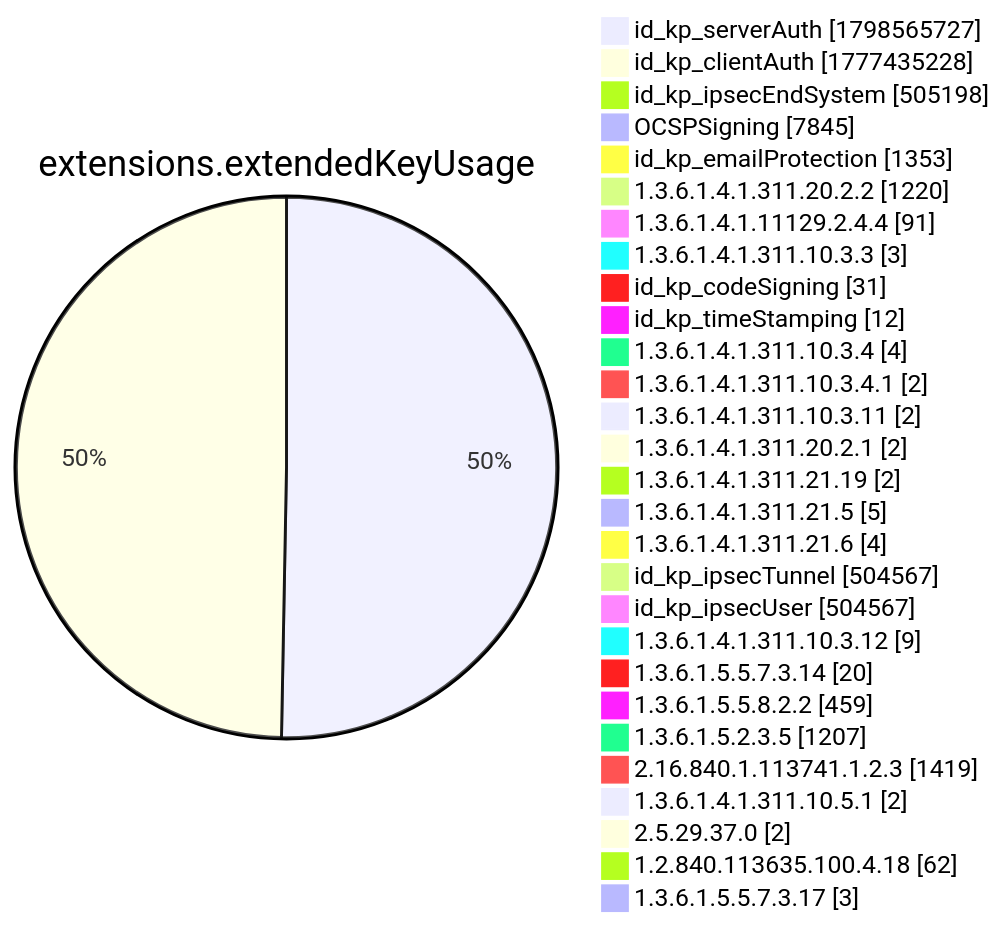
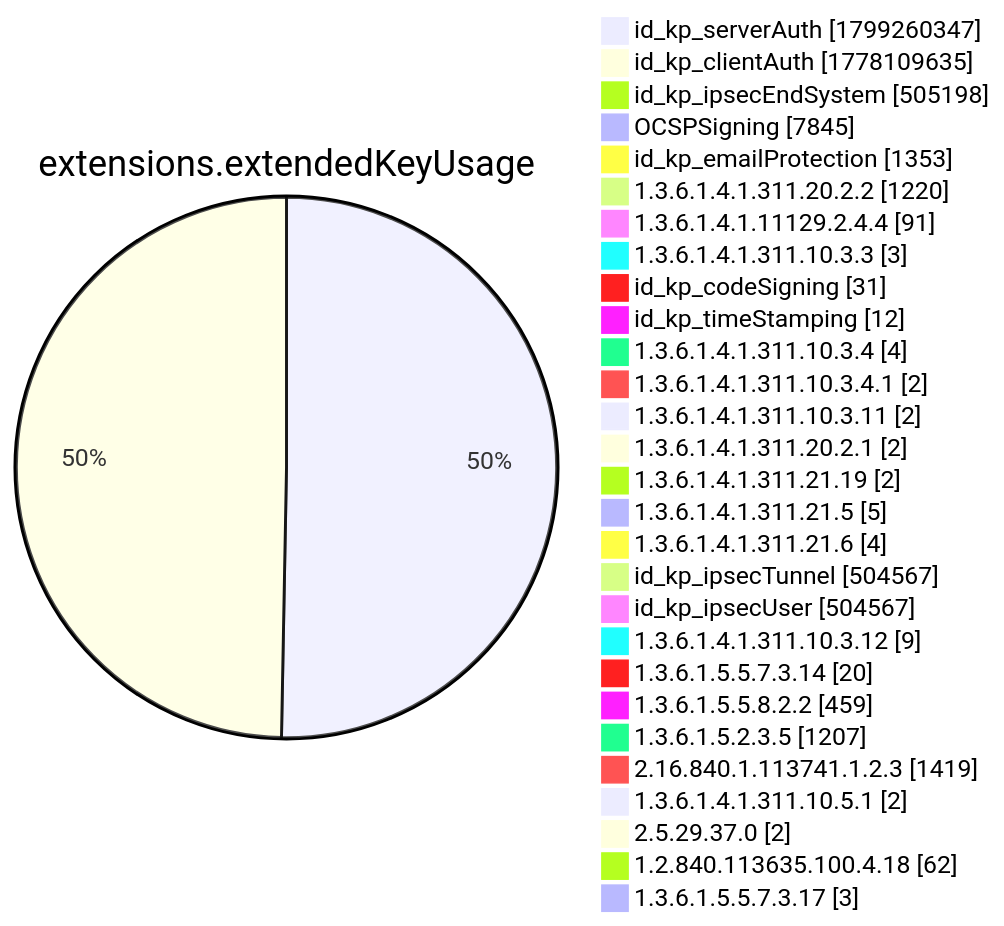
Before and after one commit to christiankrug/ctmonitor_visualization: diagram 12 of 15 in xenon2022/README.md, drawn with Mermaid. The commit also changed other lines of this file, not shown here.

````diff
--- a/xenon2022/README.md
+++ b/xenon2022/README.md
@@ -3895,32 +3895,32 @@
 ```mermaid
 pie showData
 title extensions.extendedKeyUsage
-"id_kp_serverAuth" :1798565727
-"id_kp_clientAuth" :1777435228
+"id_kp_serverAuth" :1799260347
+"id_kp_clientAuth" :1778109635
 "id_kp_ipsecEndSystem" :505198
 "OCSPSigning" :7845
 "id_kp_emailProtection" :1353
 "1.3.6.1.4.1.311.20.2.2" :1220
 "1.3.6.1.4.1.11129.2.4.4" :91
 "1.3.6.1.4.1.311.10.3.3" :3
 "id_kp_codeSigning" :31
 "id_kp_timeStamping" :12
 "1.3.6.1.4.1.311.10.3.4" :4
 "1.3.6.1.4.1.311.10.3.4.1" :2
 "1.3.6.1.4.1.311.10.3.11" :2
 "1.3.6.1.4.1.311.20.2.1" :2
 "1.3.6.1.4.1.311.21.19" :2
 "1.3.6.1.4.1.311.21.5" :5
 "1.3.6.1.4.1.311.21.6" :4
 "id_kp_ipsecTunnel" :504567
 "id_kp_ipsecUser" :504567
 "1.3.6.1.4.1.311.10.3.12" :9
 "1.3.6.1.5.5.7.3.14" :20
 "1.3.6.1.5.5.8.2.2" :459
 "1.3.6.1.5.2.3.5" :1207
 "2.16.840.1.113741.1.2.3" :1419
 "1.3.6.1.4.1.311.10.5.1" :2
 "2.5.29.37.0" :2
 "1.2.840.113635.100.4.18" :62
 "1.3.6.1.5.5.7.3.17" :3
 ```
````
